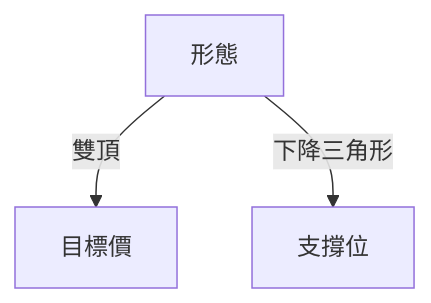
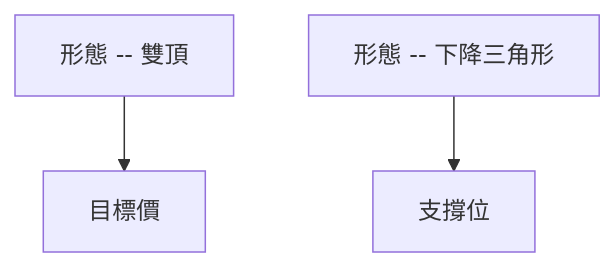
One commit to yennanliu/finance_data changed the fourth of 10 diagrams in ai_gen_report/stock/nu/technical_analysis_2026-04-07_openai.md. Above: the diagram before and after it, drawn with Mermaid. The commit also changed other lines of this file and 2258 other files, not shown here.

First line of the commit message:
chore: backfill Mermaid syntax repair across existing reports

````diff
--- a/ai_gen_report/stock/nu/technical_analysis_2026-04-07_openai.md
+++ b/ai_gen_report/stock/nu/technical_analysis_2026-04-07_openai.md
@@ -144,5 +144,5 @@
 ```mermaid
 graph TD
-    形態 -- 雙頂 --> 目標價
-    形態 -- 下降三角形 --> 支撐位
+    nb1["形態 -- 雙頂"] --> 目標價
+    nb2["形態 -- 下降三角形"] --> 支撐位
 ```
````
